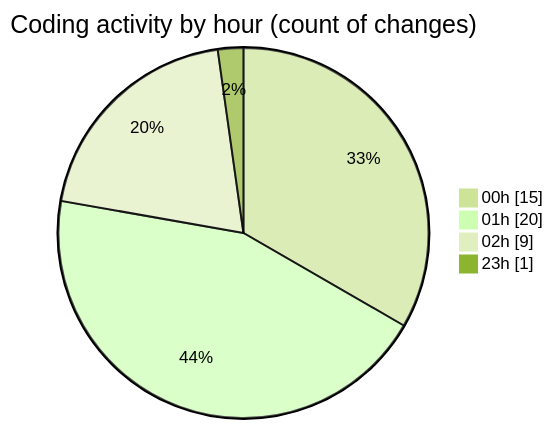
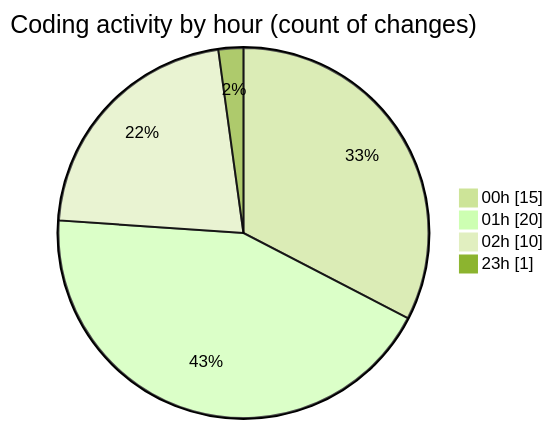
One commit to lephambinh05/code-tracking changed the second of 2 diagrams in 2025-08-04/studybuddy/README.md. Above: the diagram before and after it, drawn with Mermaid (forest theme). The commit also changed other lines of this file and 1 other file, not shown here.

````diff
--- a/2025-08-04/studybuddy/README.md
+++ b/2025-08-04/studybuddy/README.md
@@ -45,8 +45,8 @@
 ```mermaid
 pie showData
 title Coding activity by hour (count of changes)
 "00h" : 15
 "01h" : 20
-"02h" : 9
+"02h" : 10
 "23h" : 1
 ```
````
